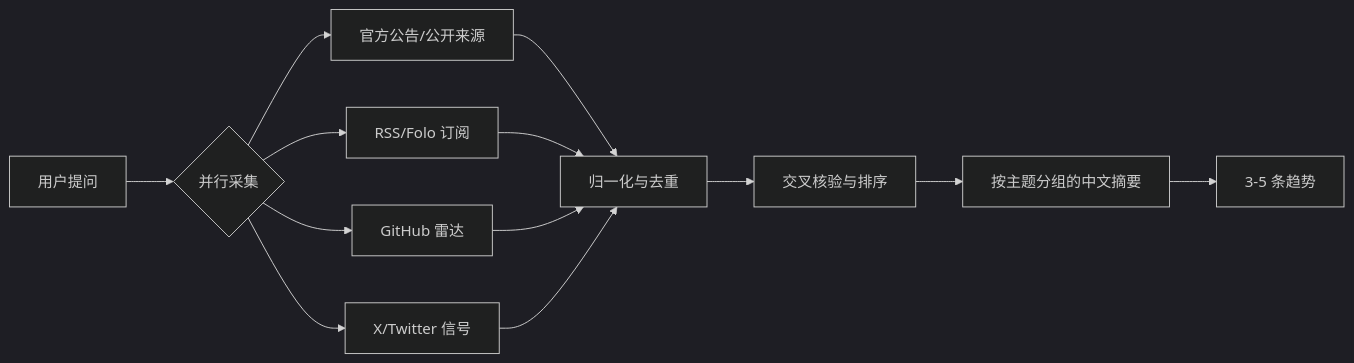
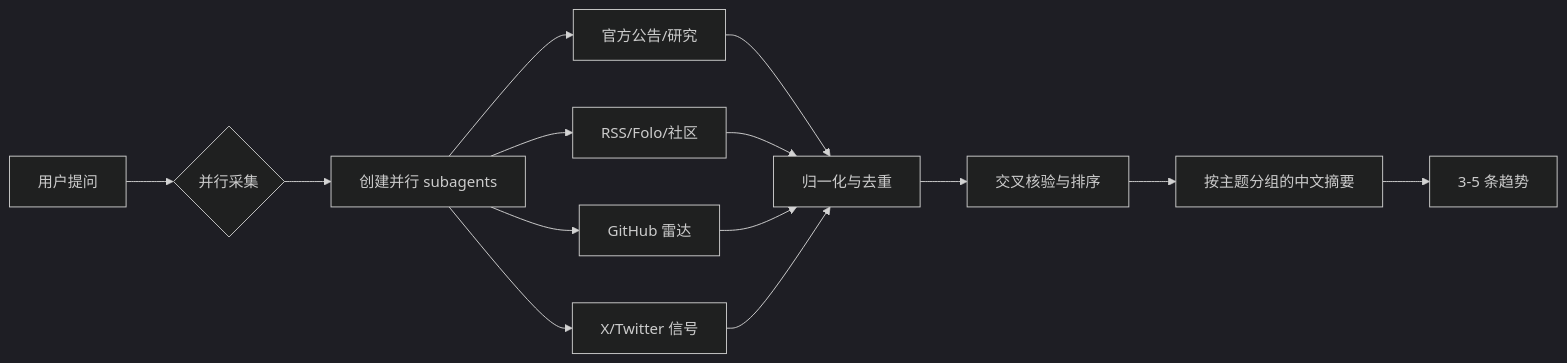
Before and after one commit to tallate/ai_news_search: the diagram in README.md, drawn with Mermaid (dark theme). The commit also changed other lines of this file and 1 other file, not shown here.

Commit message:
feat: parallelize AI news search with subagents

````diff
--- a/README.md
+++ b/README.md
@@ -41,15 +42,16 @@
 ```mermaid
 flowchart LR
   A[用户提问] --> B{并行采集}
-  B --> C1[官方公告/公开来源]
-  B --> C2[RSS/Folo 订阅]
-  B --> C3[GitHub 雷达]
-  B --> C4[X/Twitter 信号]
+  B --> W[创建并行 subagents]
+  W --> C1[官方公告/研究]
+  W --> C2[RSS/Folo/社区]
+  W --> C3[GitHub 雷达]
+  W --> C4[X/Twitter 信号]
   C1 --> D[归一化与去重]
   C2 --> D
   C3 --> D
   C4 --> D
   D --> E[交叉核验与排序]
   E --> F[按主题分组的中文摘要]
   F --> G[3-5 条趋势]
 ```
````
